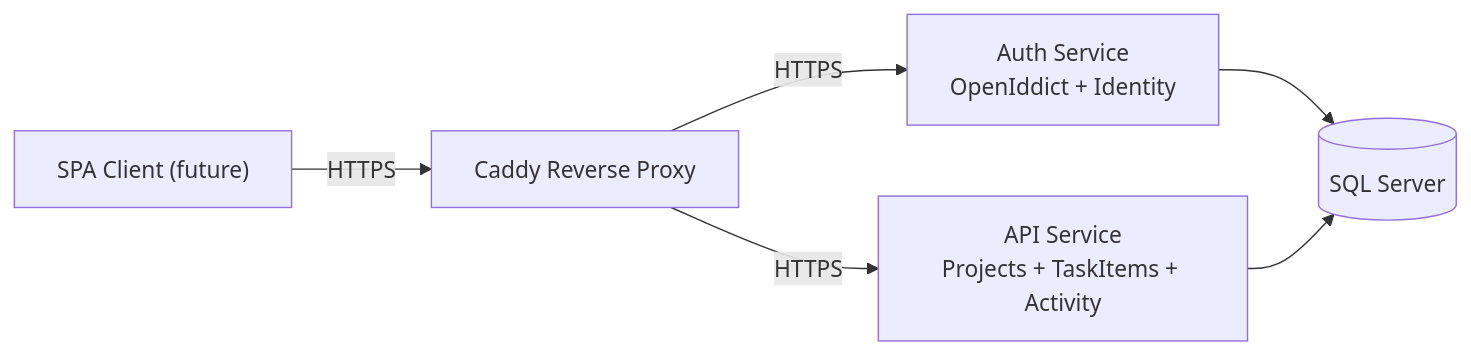
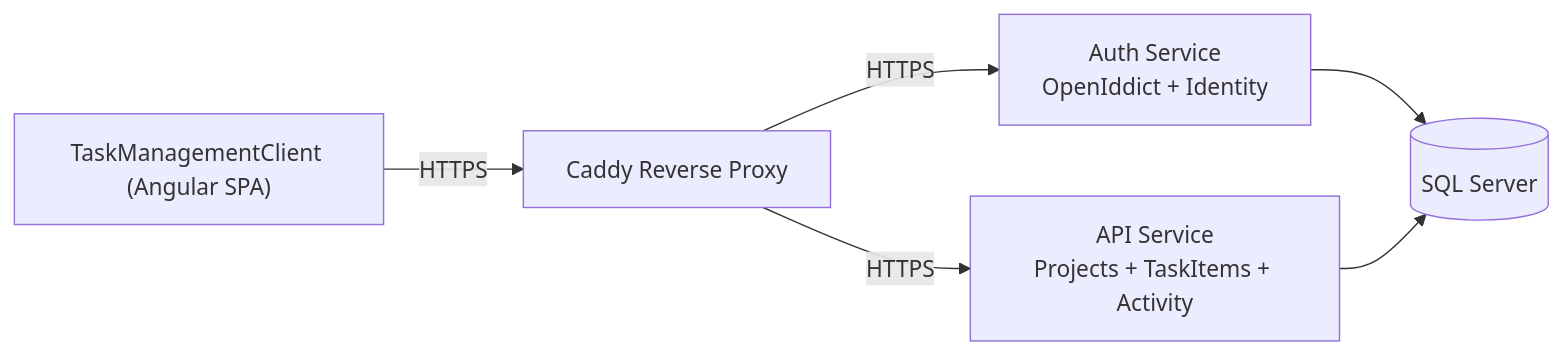
One commit to Diogo-Ferraz/TaskManagementServer changed the diagram in README.md. Above: the diagram before and after it, drawn with Mermaid. The commit also changed 1 other file, not shown here.

Commit message:
docs(server): refresh architecture README and role matrix to match current SPA integration and task delete rules

````diff
--- a/README.md
+++ b/README.md
@@ -15,8 +15,8 @@
 ```mermaid
 flowchart LR
-    SPA["SPA Client (future)"] -->|"HTTPS"| Caddy["Caddy Reverse Proxy"]
+    SPA["TaskManagementClient (Angular SPA)"] -->|"HTTPS"| Caddy["Caddy Reverse Proxy"]
     Caddy -->|"HTTPS"| Auth["Auth Service<br/>OpenIddict + Identity"]
     Caddy -->|"HTTPS"| Api["API Service<br/>Projects + TaskItems + Activity"]
     Auth --> Db[("SQL Server")]
     Api --> Db
 ```
````
